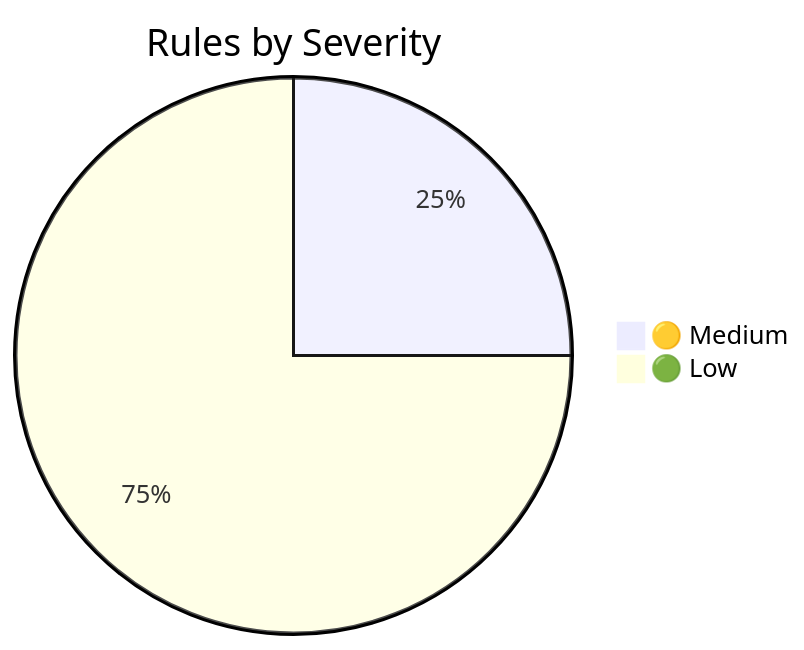
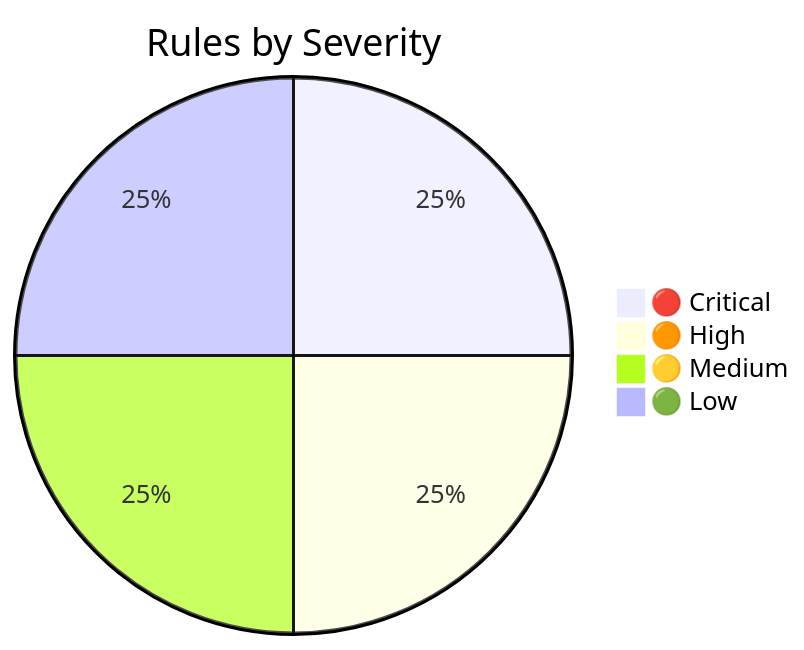
The second of 3 diagrams in README.md (martonbence/Detection-Engineering), drawn with Mermaid before and after one commit. The commit also changed other lines of this file and 3 other files, not shown here.

````diff
--- a/README.md
+++ b/README.md
@@ -17,5 +17,7 @@
 ```mermaid
 pie title Rules by Severity
+    "🔴 Critical" : 1
+    "🟠 High" : 1
     "🟡 Medium" : 1
-    "🟢 Low" : 3
+    "🟢 Low" : 1
 ```
````
